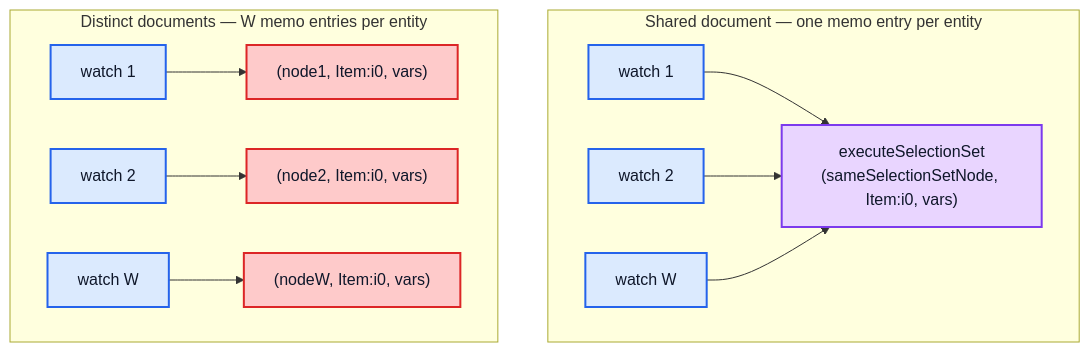
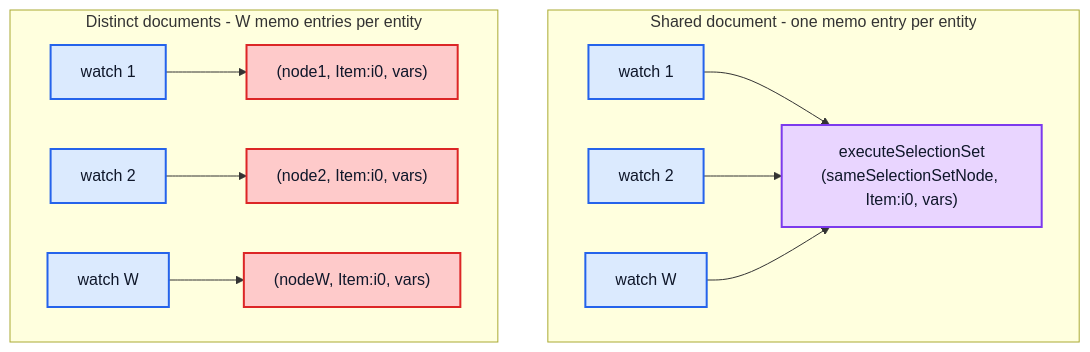
Before and after one commit to convict-git/fast-gql-cache-rs: the eighth of 14 diagrams in docs/apollo-client-inmemory-cache-performance.md, drawn with Mermaid. The commit also changed other lines of this file and 1 other file, not shown here.

First line of the commit message:
docs(cache): replace unicode arrows/dashes/dots in all mermaid diagrams

````diff
--- a/docs/apollo-client-inmemory-cache-performance.md
+++ b/docs/apollo-client-inmemory-cache-performance.md
@@ -946,30 +946,30 @@
 ```mermaid
 flowchart TB
-    subgraph good["Shared document — one memo entry per entity"]
+    subgraph good["Shared document - one memo entry per entity"]
         direction LR
         G1["watch 1"]:::api
         G2["watch 2"]:::api
         G3["watch W"]:::api
         GM["executeSelectionSet<br/>(sameSelectionSetNode, Item:i0, vars)"]:::memo
         G1 --> GM
         G2 --> GM
         G3 --> GM
     end
 
-    subgraph bad["Distinct documents — W memo entries per entity"]
+    subgraph bad["Distinct documents - W memo entries per entity"]
         direction LR
         B1["watch 1"]:::api
         B2["watch 2"]:::api
         B3["watch W"]:::api
         BM1["(node1, Item:i0, vars)"]:::dirty
         BM2["(node2, Item:i0, vars)"]:::dirty
         BM3["(nodeW, Item:i0, vars)"]:::dirty
         B1 --> BM1
         B2 --> BM2
         B3 --> BM3
     end
 
     classDef api fill:#dbeafe,stroke:#2563eb,stroke-width:2px,color:#0f172a
     classDef memo fill:#e9d5ff,stroke:#7c3aed,stroke-width:2px,color:#0f172a
     classDef dirty fill:#fecaca,stroke:#dc2626,stroke-width:2px,color:#0f172a
 ```
````
